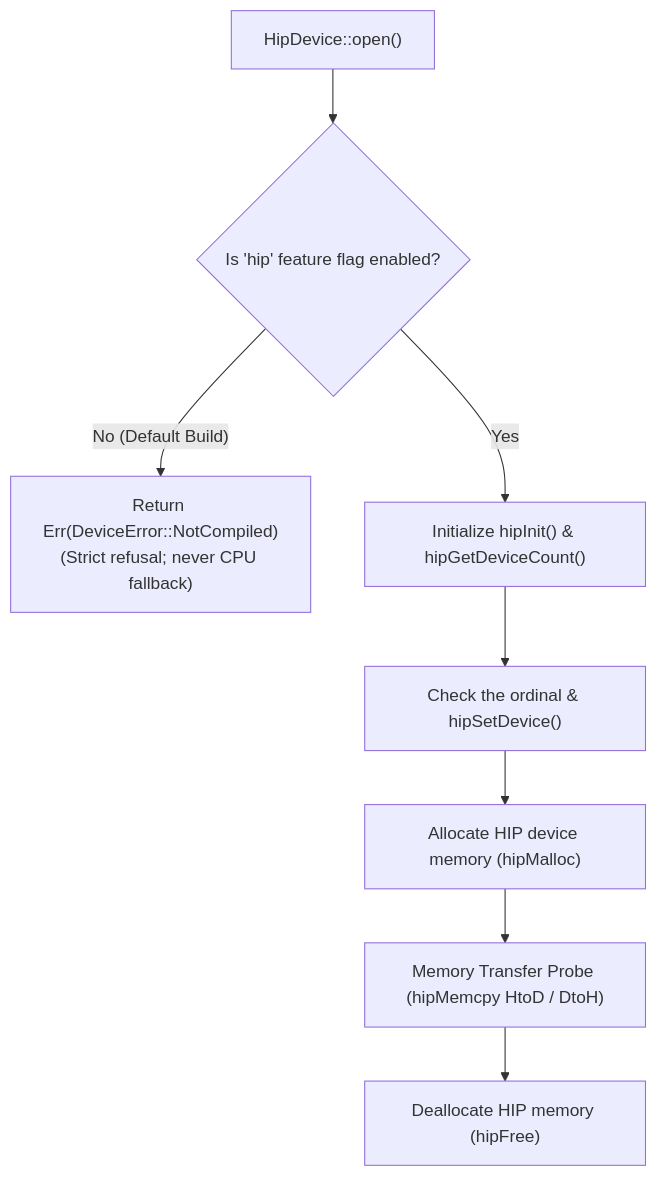
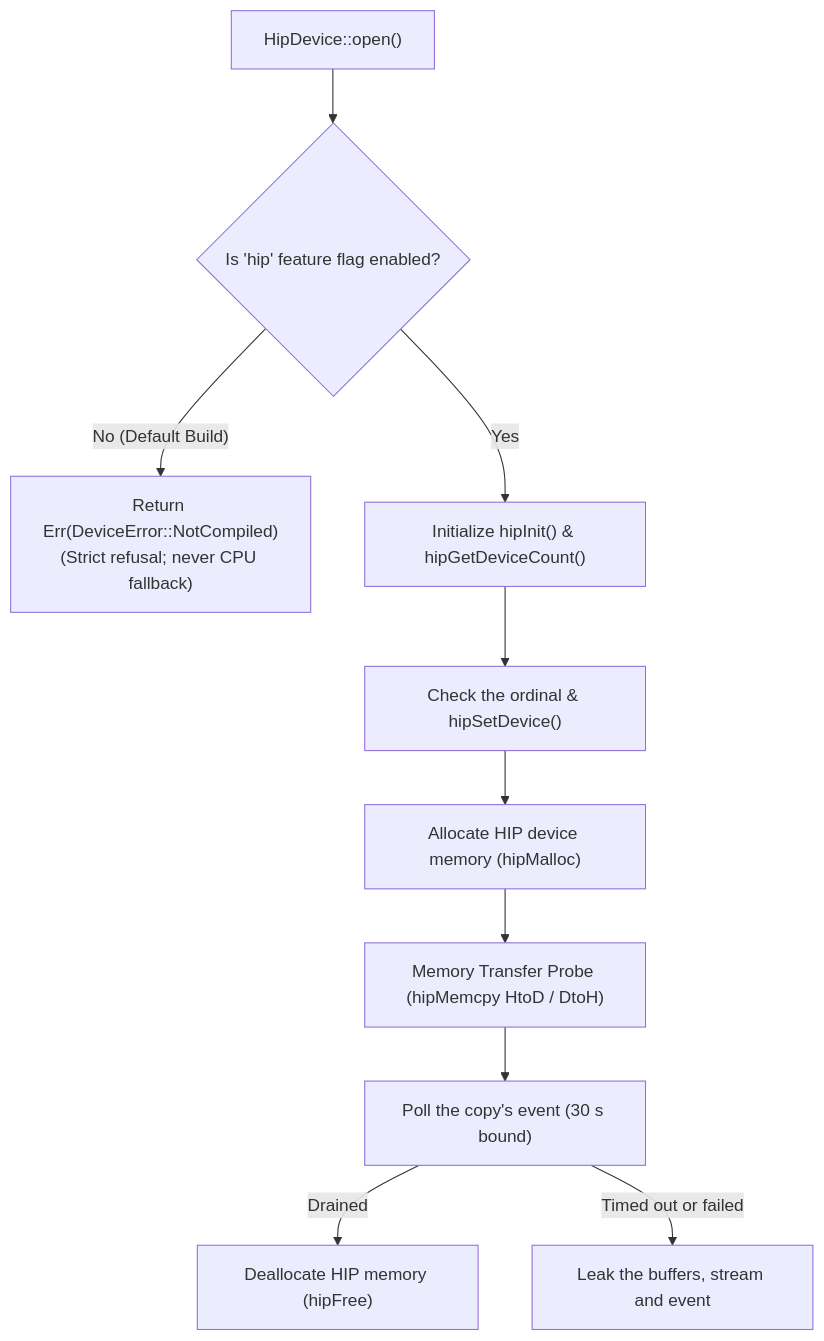
One commit to bharathvbcr/ojas changed the diagram in ojas-hip/README.md. Above: the diagram before and after it, drawn with Mermaid. The commit also changed other lines of this file and 6 other files, not shown here.

First line of the commit message:
fix(hip): free a copy's buffers only after its stream drained

````diff
--- a/ojas-hip/README.md
+++ b/ojas-hip/README.md
@@ -11,12 +11,14 @@
 ```mermaid
 flowchart TD
     Init["HipDevice::open()"] --> CheckFeature{"Is 'hip' feature flag enabled?"}
     
     CheckFeature -->|"No (Default Build)"| NotCompiled["Return Err(DeviceError::NotCompiled)\n(Strict refusal; never CPU fallback)"]
     CheckFeature -->|Yes| HipContext["Initialize hipInit() & hipGetDeviceCount()"]
     
     HipContext --> Ordinal["Check the ordinal & hipSetDevice()"]
     Ordinal --> Buffer["Allocate HIP device memory (hipMalloc)"]
     Buffer --> Copy["Memory Transfer Probe (hipMemcpy HtoD / DtoH)"]
-    Copy --> Free["Deallocate HIP memory (hipFree)"]
+    Copy --> Wait["Poll the copy's event (30 s bound)"]
+    Wait -->|Drained| Free["Deallocate HIP memory (hipFree)"]
+    Wait -->|"Timed out or failed"| Leak["Leak the buffers, stream and event"]
 ```
````
